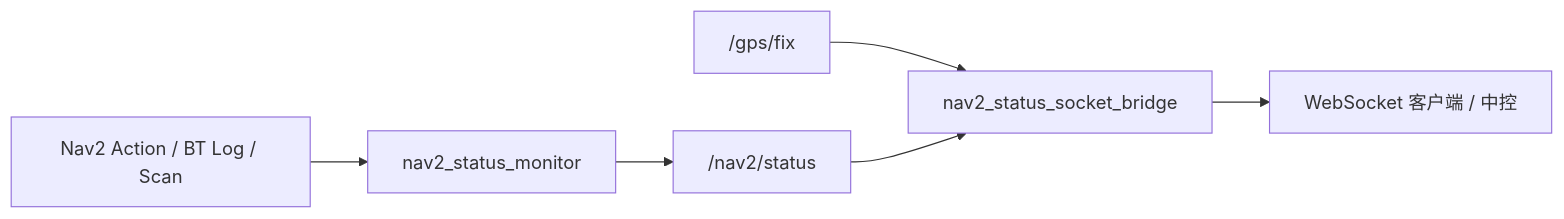
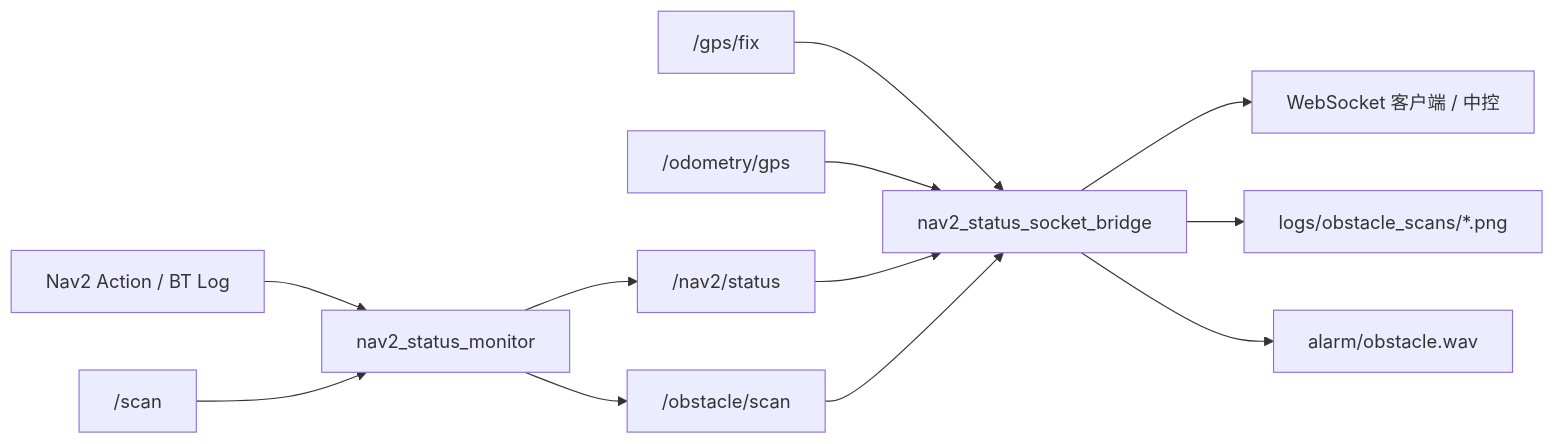
Before and after one commit to 64K-magic/center_control: the diagram in README.md, drawn with Mermaid. The commit also changed other lines of this file and 5 other files, not shown here.

````diff
--- a/README.md
+++ b/README.md
@@ -15,8 +17,14 @@
 ```mermaid
 flowchart LR
-    Nav2[Nav2 Action / BT Log / Scan] --> Monitor[nav2_status_monitor]
-    Monitor --> Topic["/nav2/status"]
+    Nav2[Nav2 Action / BT Log] --> Monitor[nav2_status_monitor]
+    Scan["/scan"] --> Monitor
+    Monitor --> Status["/nav2/status"]
+    Monitor --> ObsScan["/obstacle/scan"]
     GPS["/gps/fix"] --> Bridge[nav2_status_socket_bridge]
-    Topic --> Bridge
+    Odom["/odometry/gps"] --> Bridge
+    Status --> Bridge
+    ObsScan --> Bridge
     Bridge --> WS[WebSocket 客户端 / 中控]
+    Bridge --> PNG["logs/obstacle_scans/*.png"]
+    Bridge --> WAV["alarm/obstacle.wav"]
 ```
````
